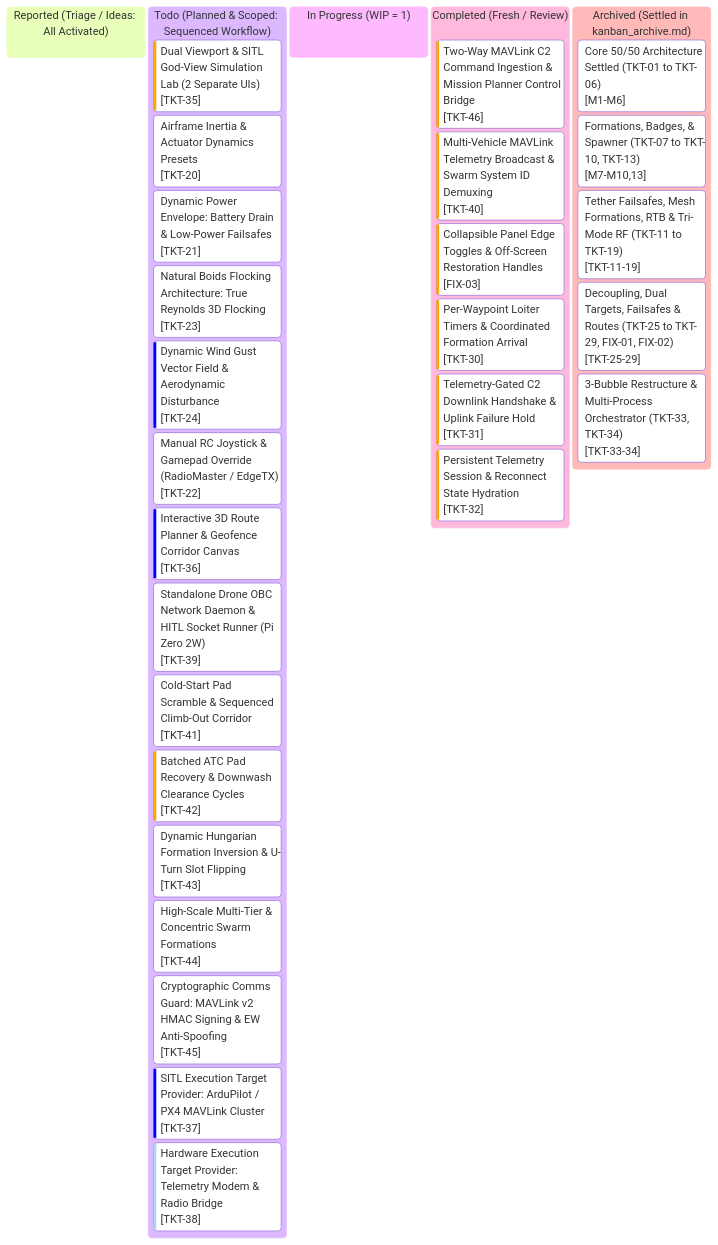
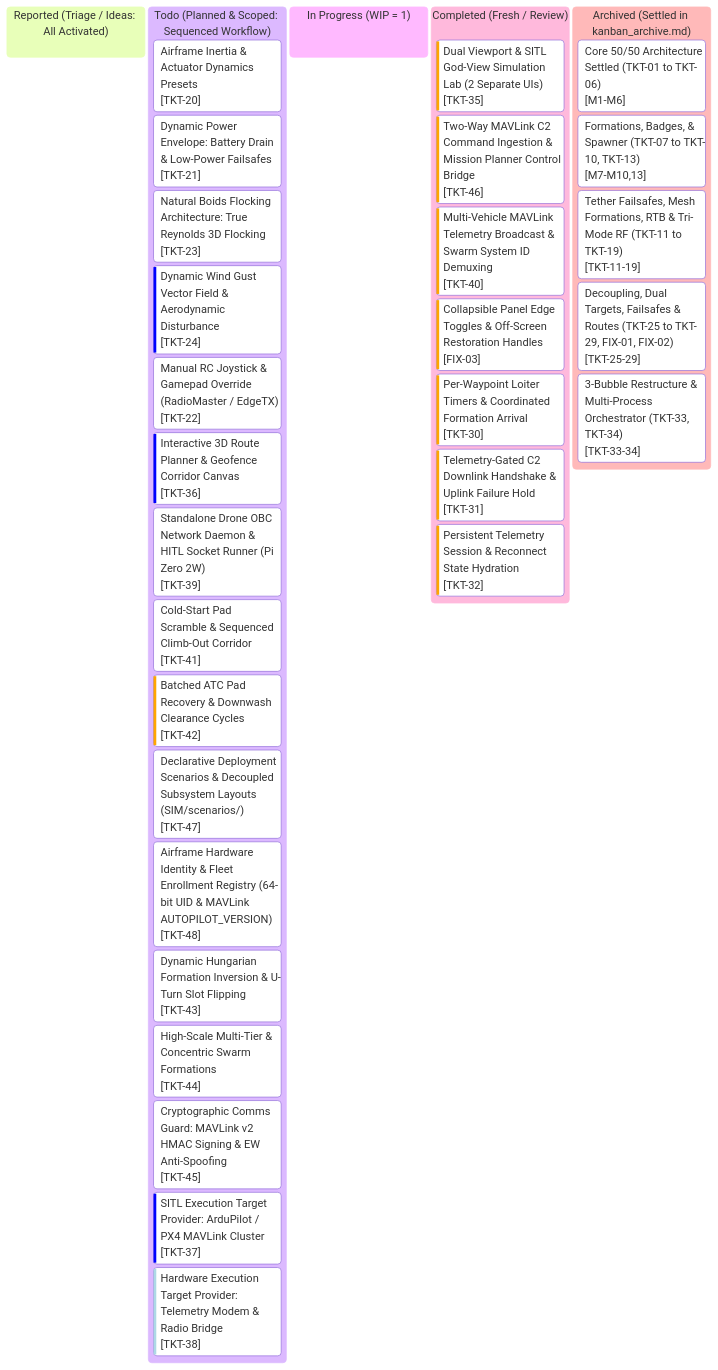
One commit to AlitheiaDeus/SwarmTech_v3-Uprising changed the diagram in kanban.md. Above: the diagram before and after it, drawn with Mermaid. The commit also changed other lines of this file and 10 other files, not shown here.

Commit message:
feat(ui): decouple dual viewports: clean operator gcs vs neon magenta sitl god-view lab [TKT-35]

````diff
--- a/kanban.md
+++ b/kanban.md
@@ -10,54 +10,56 @@
 ```mermaid
 %%{init: {
   'theme': 'base',
   'themeVariables': {
     'primaryColor': '#0d2235',
     'primaryTextColor': '#d4f4ff',
     'primaryBorderColor': '#00f0ff',
     'lineColor': '#00f0ff',
     'background': '#061019',
     'mainBkg': '#0a1926',
     'secondaryColor': '#081420',
     'secondaryTextColor': '#5a7e96',
     'secondaryBorderColor': '#134e6f',
     'tertiaryColor': '#0e263d',
     'tertiaryTextColor': '#00ffaa',
     'tertiaryBorderColor': '#00ffaa',
     'clusterBkg': '#081420',
     'clusterBorder': '#134e6f',
     'fontFamily': "'JetBrains Mono', 'Courier New', monospace"
   }
 }}%%
 kanban
   reported["Reported (Triage / Ideas: All Activated)"]
   todo["Todo (Planned & Scoped: Sequenced Workflow)"]
-    tkt35["Dual Viewport & SITL God-View Simulation Lab (2 Separate UIs)"]@{ ticket: '[TKT-35]', priority: 'High' }
     tkt20["Airframe Inertia & Actuator Dynamics Presets"]@{ ticket: '[TKT-20]', priority: 'Medium' }
     tkt21["Dynamic Power Envelope: Battery Drain & Low-Power Failsafes"]@{ ticket: '[TKT-21]', priority: 'Medium' }
     tkt23["Natural Boids Flocking Architecture: True Reynolds 3D Flocking"]@{ ticket: '[TKT-23]', priority: 'Medium' }
     tkt24["Dynamic Wind Gust Vector Field & Aerodynamic Disturbance"]@{ ticket: '[TKT-24]', priority: 'Low' }
     tkt22["Manual RC Joystick & Gamepad Override (RadioMaster / EdgeTX)"]@{ ticket: '[TKT-22]', priority: 'Medium' }
     tkt36["Interactive 3D Route Planner & Geofence Corridor Canvas"]@{ ticket: '[TKT-36]', priority: 'Low' }
     tkt39["Standalone Drone OBC Network Daemon & HITL Socket Runner (Pi Zero 2W)"]@{ ticket: '[TKT-39]', priority: 'Medium' }
     tkt41["Cold-Start Pad Scramble & Sequenced Climb-Out Corridor"]@{ ticket: '[TKT-41]', priority: 'Medium' }
     tkt42["Batched ATC Pad Recovery & Downwash Clearance Cycles"]@{ ticket: '[TKT-42]', priority: 'High' }
+    tkt47["Declarative Deployment Scenarios & Decoupled Subsystem Layouts (SIM/scenarios/)"]@{ ticket: '[TKT-47]', priority: 'Medium' }
+    tkt48["Airframe Hardware Identity & Fleet Enrollment Registry (64-bit UID & MAVLink AUTOPILOT_VERSION)"]@{ ticket: '[TKT-48]', priority: 'Medium' }
     tkt43["Dynamic Hungarian Formation Inversion & U-Turn Slot Flipping"]@{ ticket: '[TKT-43]', priority: 'Medium' }
     tkt44["High-Scale Multi-Tier & Concentric Swarm Formations"]@{ ticket: '[TKT-44]', priority: 'Medium' }
     tkt45["Cryptographic Comms Guard: MAVLink v2 HMAC Signing & EW Anti-Spoofing"]@{ ticket: '[TKT-45]', priority: 'Medium' }
     tkt37["SITL Execution Target Provider: ArduPilot / PX4 MAVLink Cluster"]@{ ticket: '[TKT-37]', priority: 'Low' }
     tkt38["Hardware Execution Target Provider: Telemetry Modem & Radio Bridge"]@{ ticket: '[TKT-38]', priority: 'Very Low' }
   in_progress["In Progress (WIP = 1)"]
   completed["Completed (Fresh / Review)"]
+    tkt35["Dual Viewport & SITL God-View Simulation Lab (2 Separate UIs)"]@{ ticket: '[TKT-35]', priority: 'High' }
     tkt46["Two-Way MAVLink C2 Command Ingestion & Mission Planner Control Bridge"]@{ ticket: '[TKT-46]', priority: 'High' }
     tkt40["Multi-Vehicle MAVLink Telemetry Broadcast & Swarm System ID Demuxing"]@{ ticket: '[TKT-40]', priority: 'High' }
     fix03["Collapsible Panel Edge Toggles & Off-Screen Restoration Handles"]@{ ticket: '[FIX-03]', priority: 'High' }
     tkt30["Per-Waypoint Loiter Timers & Coordinated Formation Arrival"]@{ ticket: '[TKT-30]', priority: 'High' }
     tkt31["Telemetry-Gated C2 Downlink Handshake & Uplink Failure Hold"]@{ ticket: '[TKT-31]', priority: 'High' }
     tkt32["Persistent Telemetry Session & Reconnect State Hydration"]@{ ticket: '[TKT-32]', priority: 'High' }
   archived["Archived (Settled in kanban_archive.md)"]
     arch_m1_6["Core 50/50 Architecture Settled (TKT-01 to TKT-06)"]@{ ticket: '[M1-M6]' }
     arch_m7_10_13["Formations, Badges, & Spawner (TKT-07 to TKT-10, TKT-13)"]@{ ticket: '[M7-M10,13]' }
     arch_m11_19["Tether Failsafes, Mesh Formations, RTB & Tri-Mode RF (TKT-11 to TKT-19)"]@{ ticket: '[TKT-11-19]' }
     arch_m25_29["Decoupling, Dual Targets, Failsafes & Routes (TKT-25 to TKT-29, FIX-01, FIX-02)"]@{ ticket: '[TKT-25-29]' }
     arch_m33_34["3-Bubble Restructure & Multi-Process Orchestrator (TKT-33, TKT-34)"]@{ ticket: '[TKT-33-34]' }
 ```
````
